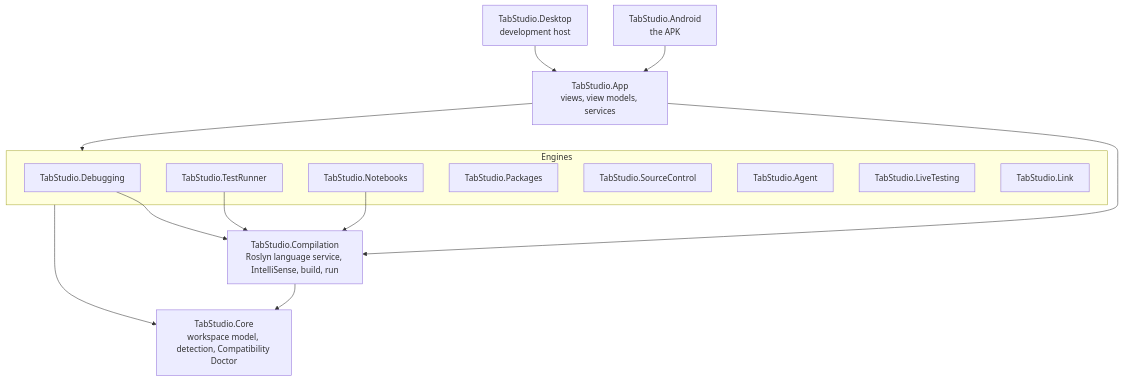
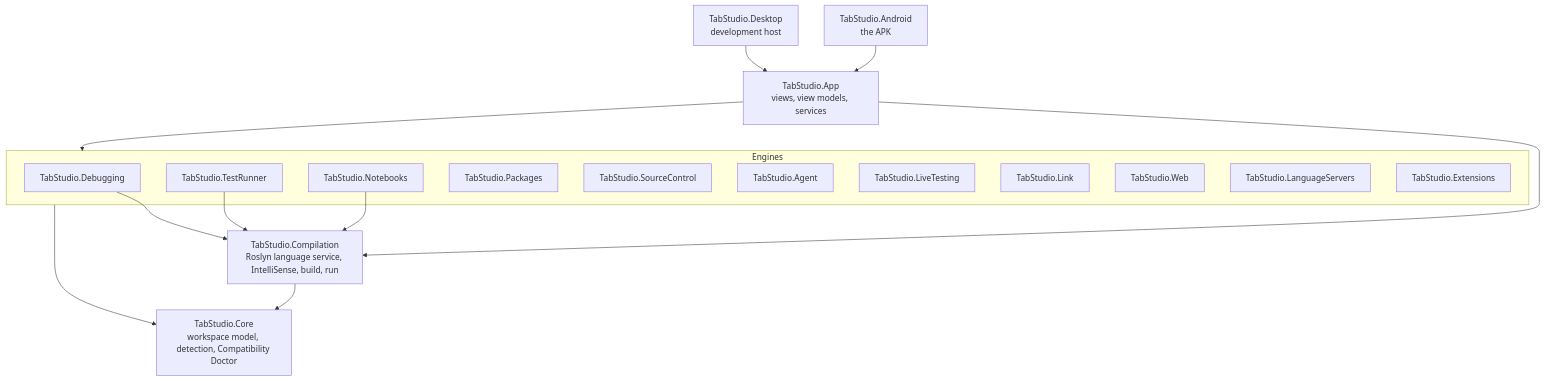
Before and after one commit to yahav2898/tabstudio: the first of 2 diagrams in docs/ARCHITECTURE.md, drawn with Mermaid. The commit also changed other lines of this file and 5 other files, not shown here.

````diff
--- a/docs/ARCHITECTURE.md
+++ b/docs/ARCHITECTURE.md
@@ -9,23 +9,26 @@
 ```mermaid
 flowchart TB
     Android["TabStudio.Android<br/>the APK"] --> App
     Desktop["TabStudio.Desktop<br/>development host"] --> App
     App["TabStudio.App<br/>views, view models, services"] --> Engines
     subgraph Engines["Engines"]
         Debugging["TabStudio.Debugging"]
         TestRunner["TabStudio.TestRunner"]
         Notebooks["TabStudio.Notebooks"]
         Packages["TabStudio.Packages"]
         SourceControl["TabStudio.SourceControl"]
         Agent["TabStudio.Agent"]
         LiveTesting["TabStudio.LiveTesting"]
         Link["TabStudio.Link"]
+        Web["TabStudio.Web"]
+        LanguageServers["TabStudio.LanguageServers"]
+        Extensions["TabStudio.Extensions"]
     end
     Debugging --> Compilation
     TestRunner --> Compilation
     Notebooks --> Compilation
     Engines --> Core
     App --> Compilation
     Compilation["TabStudio.Compilation<br/>Roslyn language service, IntelliSense, build, run"] --> Core
     Core["TabStudio.Core<br/>workspace model, detection, Compatibility Doctor"]
 ```
````
